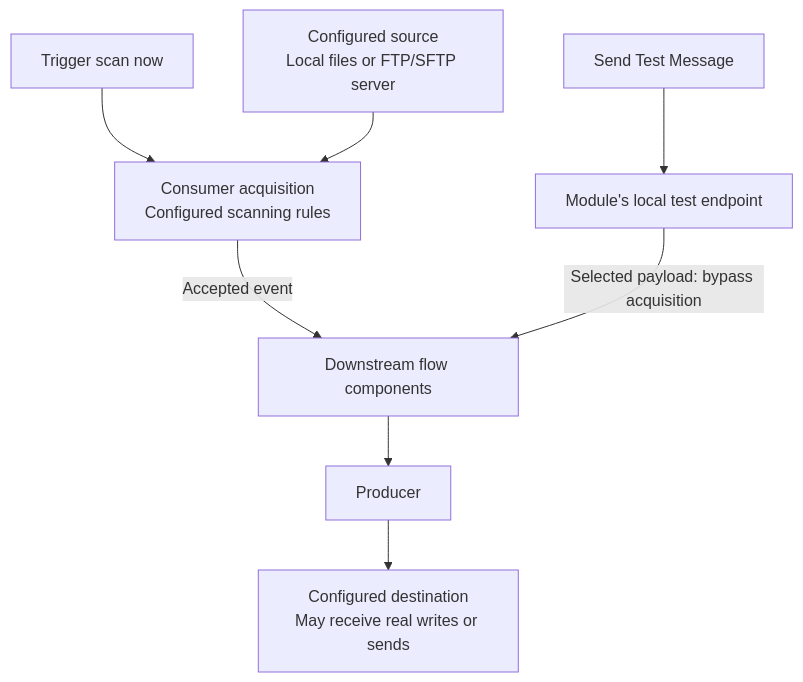
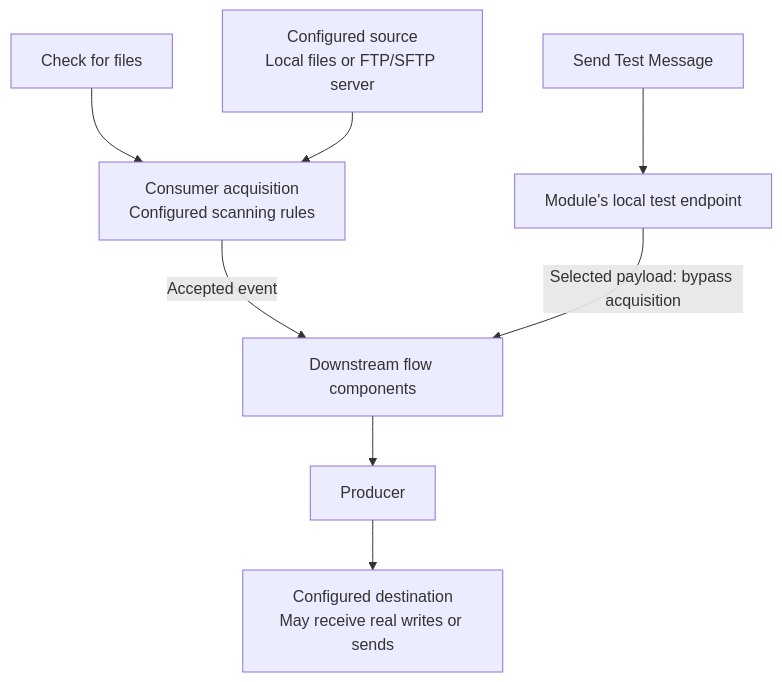
Before and after one commit to ikasanEIP/IkasanStudio: the diagram in docs/Harnesses.md, drawn with Mermaid. The commit also changed other lines of this file and 41 other files, not shown here.

````diff
--- a/docs/Harnesses.md
+++ b/docs/Harnesses.md
@@ -49,10 +49,10 @@
 ```mermaid
 flowchart TB
-    S["Trigger scan now"] --> C["Consumer acquisition<br/>Configured scanning rules"]
+    S["Check for files"] --> C["Consumer acquisition<br/>Configured scanning rules"]
     F["Configured source<br/>Local files or FTP/SFTP server"] --> C
     C -->|"Accepted event"| D["Downstream flow components"]
     I["Send Test Message"] --> E["Module's local test endpoint"]
     E -->|"Selected payload: bypass acquisition"| D
     D --> P["Producer"]
     P --> O["Configured destination<br/>May receive real writes or sends"]
 ```
````
